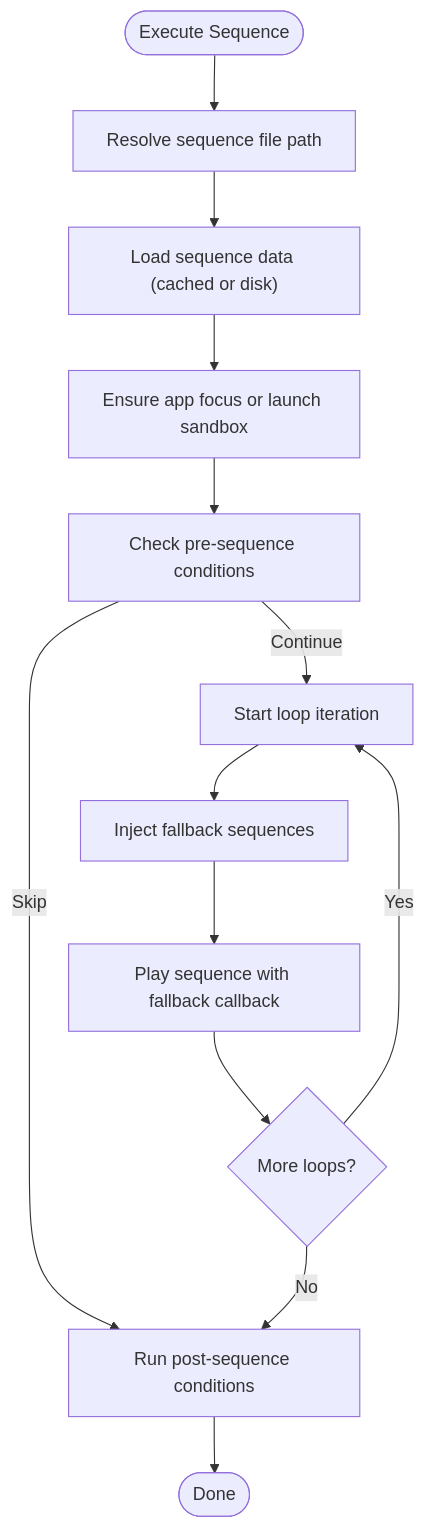
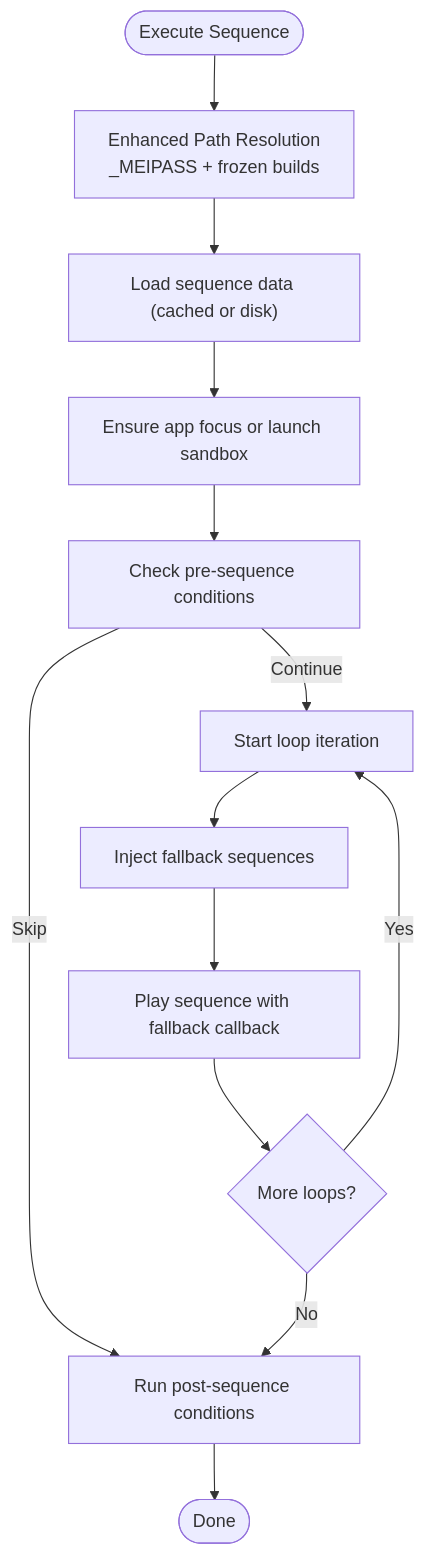
Before and after one commit to RodrigoBenitez343/Arrow: the fourth of 10 diagrams in .qoder/repowiki/en/content/Playback Engine/Multi-Sequence Player.md, drawn with Mermaid. The commit also changed other lines of this file and 53 other files, not shown here.

````diff
--- a/.qoder/repowiki/en/content/Playback Engine/Multi-Sequence Player.md
+++ b/.qoder/repowiki/en/content/Playback Engine/Multi-Sequence Player.md
@@ -175,15 +210,15 @@
 ```mermaid
 flowchart TD
-Start([Execute Sequence]) --> ResolvePath["Resolve sequence file path"]
+Start([Execute Sequence]) --> ResolvePath["Enhanced Path Resolution<br/>_MEIPASS + frozen builds"]
 ResolvePath --> LoadData["Load sequence data (cached or disk)"]
 LoadData --> FocusApp["Ensure app focus or launch sandbox"]
 FocusApp --> PreConditions["Check pre-sequence conditions"]
 PreConditions --> |Skip| PostConditions["Run post-sequence conditions"]
 PreConditions --> |Continue| LoopStart["Start loop iteration"]
 LoopStart --> InjectFallbacks["Inject fallback sequences"]
 InjectFallbacks --> Play["Play sequence with fallback callback"]
 Play --> LoopEnd{"More loops?"}
 LoopEnd --> |Yes| LoopStart
 LoopEnd --> |No| PostConditions
 PostConditions --> End([Done])
 ```
````
